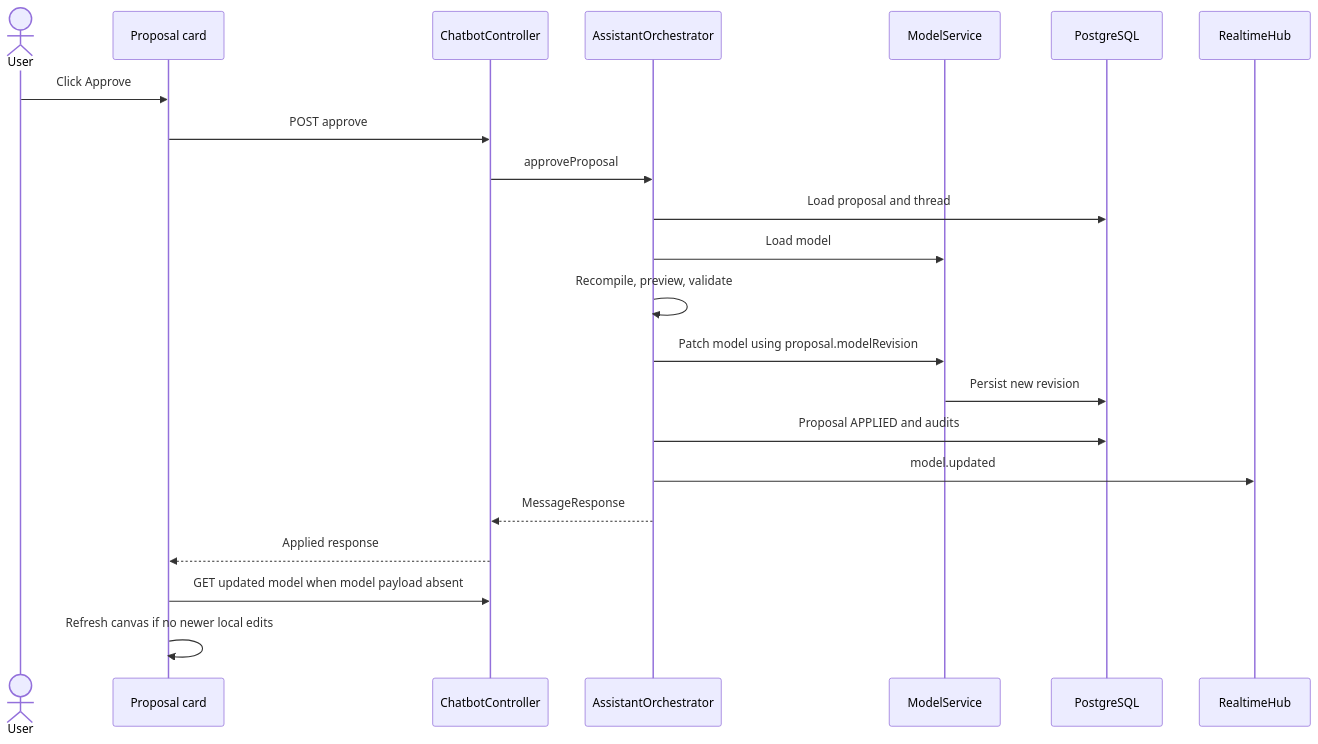
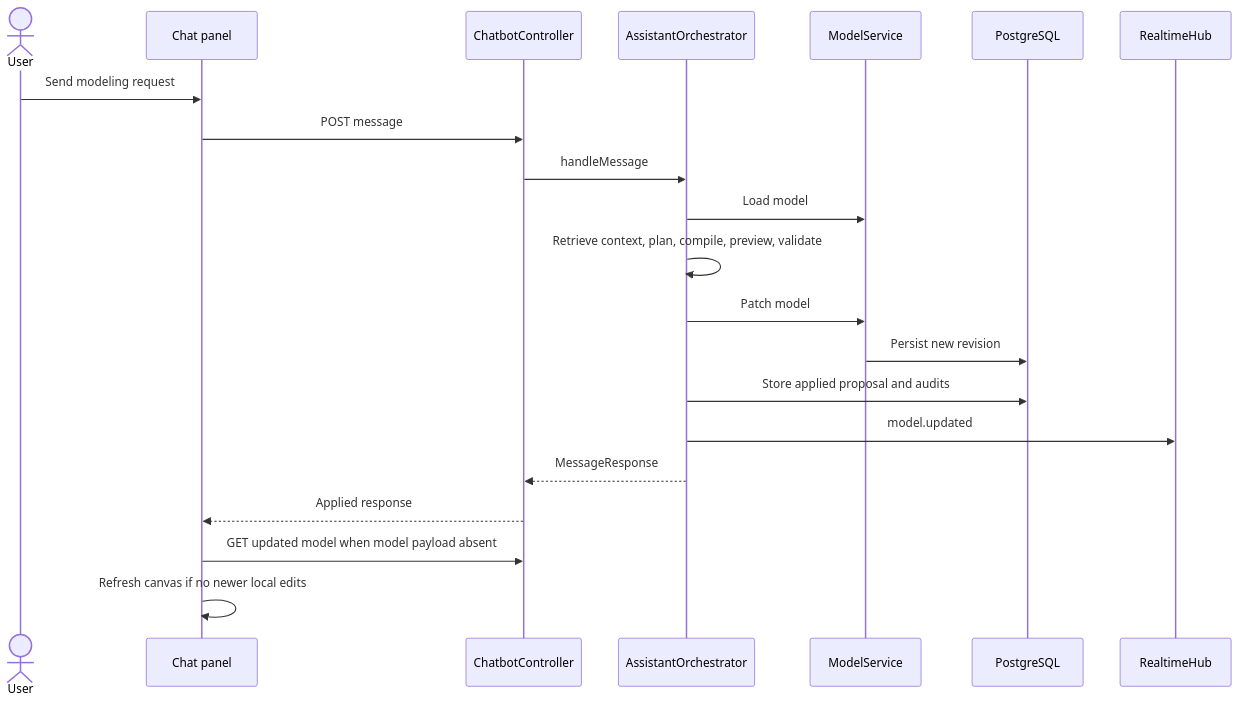
One commit to mehdieidi/modriss changed the fourth of 4 diagrams in docs/diagrams/15-ai-assistant-turn-and-proposal.md. Above: the diagram before and after it, drawn with Mermaid. The commit also changed other lines of this file and 46 other files, not shown here.

````diff
--- a/docs/diagrams/15-ai-assistant-turn-and-proposal.md
+++ b/docs/diagrams/15-ai-assistant-turn-and-proposal.md
@@ -83,25 +73,24 @@
 ```mermaid
 sequenceDiagram
     actor User
-    participant UI as Proposal card
+    participant UI as Chat panel
     participant API as ChatbotController
     participant O as AssistantOrchestrator
     participant M as ModelService
     participant DB as PostgreSQL
     participant RT as RealtimeHub
 
-    User->>UI: Click Approve
-    UI->>API: POST approve
-    API->>O: approveProposal
-    O->>DB: Load proposal and thread
+    User->>UI: Send modeling request
+    UI->>API: POST message
+    API->>O: handleMessage
     O->>M: Load model
-    O->>O: Recompile, preview, validate
-    O->>M: Patch model using proposal.modelRevision
+    O->>O: Retrieve context, plan, compile, preview, validate
+    O->>M: Patch model
     M->>DB: Persist new revision
-    O->>DB: Proposal APPLIED and audits
+    O->>DB: Store applied proposal and audits
     O->>RT: model.updated
     O-->>API: MessageResponse
     API-->>UI: Applied response
     UI->>API: GET updated model when model payload absent
     UI->>UI: Refresh canvas if no newer local edits
 ```
````
